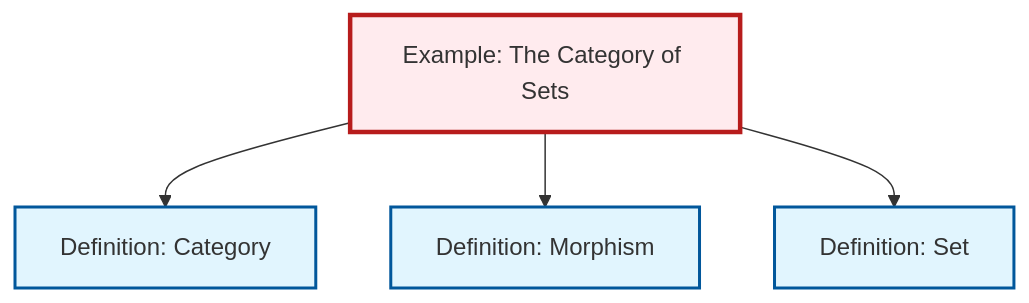
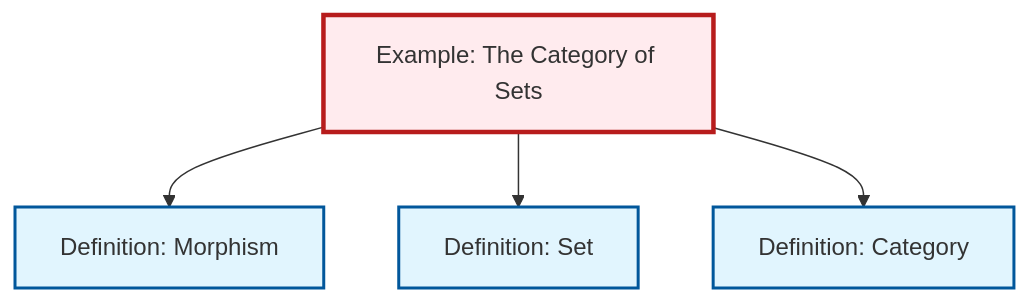
The diagram in content/en/category-theory/ex-set-category.qmd (RK0429/ModernMath), drawn with Mermaid before and after one commit. The commit also changed other lines of this file and 531 other files, not shown here.

````diff
--- a/content/en/category-theory/ex-set-category.qmd
+++ b/content/en/category-theory/ex-set-category.qmd
@@ -68,20 +68,20 @@
 ```{mermaid}
 %%| fig-cap: "Local dependency graph"
 graph TD
     classDef definition fill:#e1f5fe,stroke:#01579b,stroke-width:2px
     classDef theorem fill:#f3e5f5,stroke:#4a148c,stroke-width:2px
     classDef axiom fill:#fff3e0,stroke:#e65100,stroke-width:2px
     classDef example fill:#e8f5e9,stroke:#1b5e20,stroke-width:2px
     classDef current fill:#ffebee,stroke:#b71c1c,stroke-width:3px
+    def-morphism["Definition: Morphism"]:::definition
     def-set["Definition: Set"]:::definition
-    def-morphism["Definition: Morphism"]:::definition
     ex-set-category["Example: The Category of Sets"]:::example
     def-category["Definition: Category"]:::definition
-    ex-set-category --> def-category
     ex-set-category --> def-morphism
     ex-set-category --> def-set
+    ex-set-category --> def-category
     class ex-set-category current
+    click def-morphism "def-morphism.html" "Go to Morphism definition"
     click def-set "def-set.html" "Go to Set definition"
-    click def-morphism "def-morphism.html" "Go to Morphism definition"
     click def-category "def-category.html" "Go to Category definition"
 ```
````
